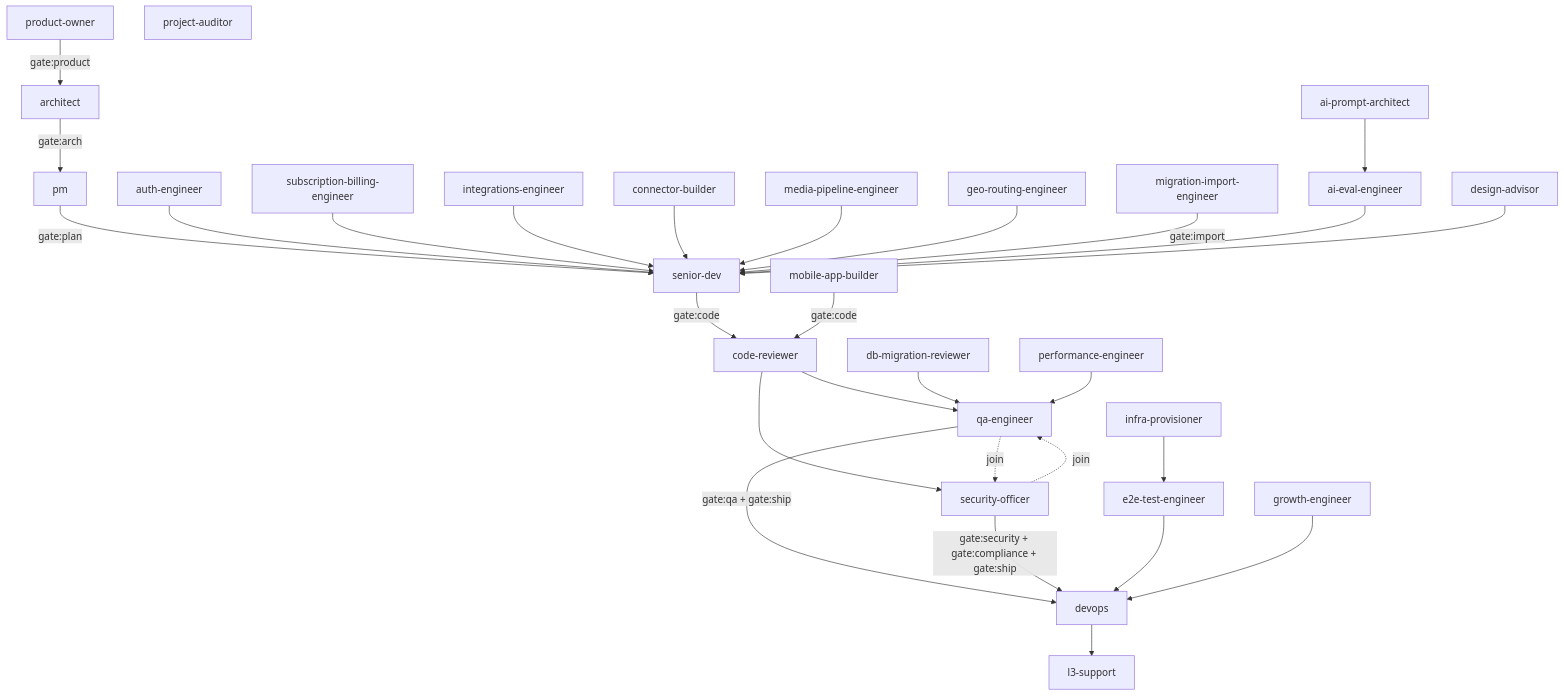
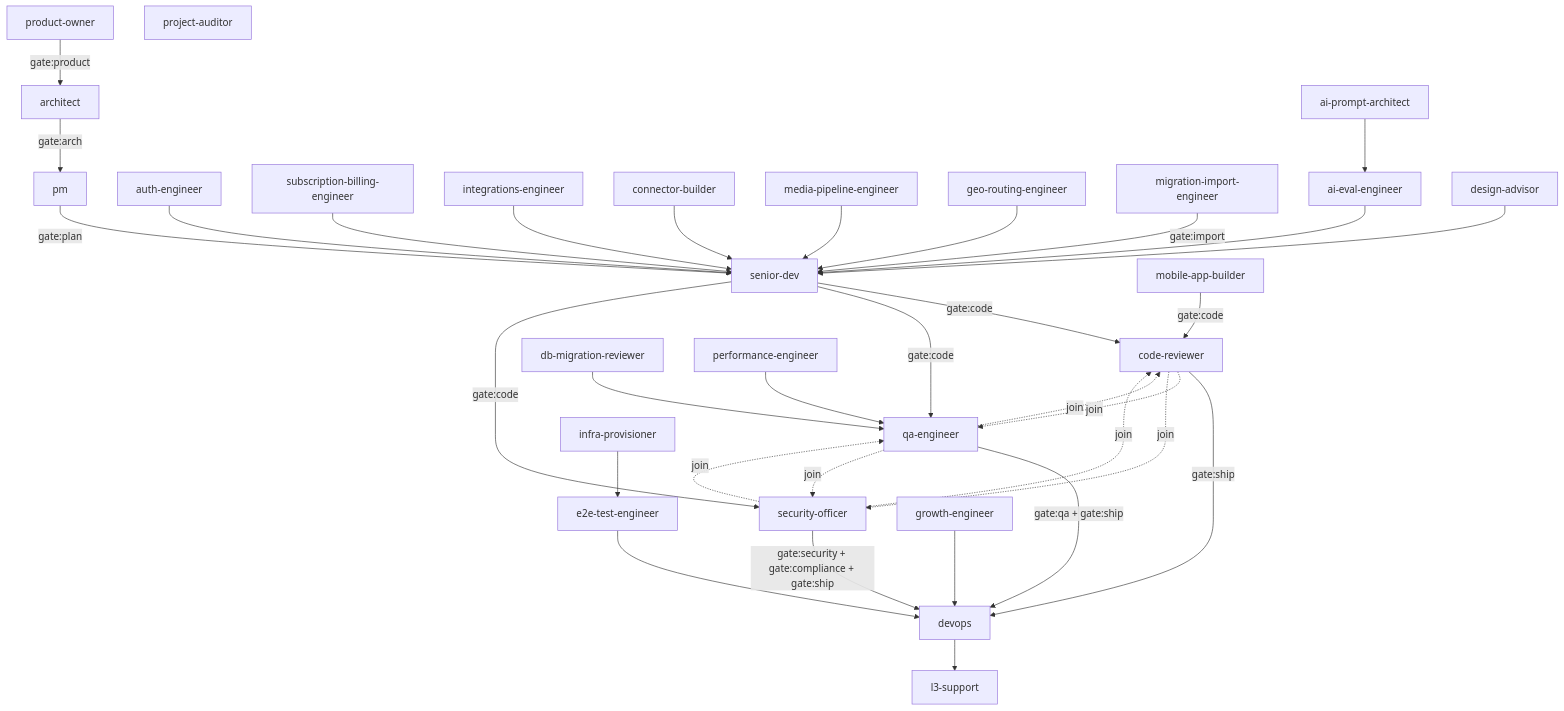
One commit to avelikiy/great_cto changed the second of 2 diagrams in docs/reference/architecture-map.md. Above: the diagram before and after it, drawn with Mermaid. The commit also changed other lines of this file and 38 other files, not shown here.

````diff
--- a/docs/reference/architecture-map.md
+++ b/docs/reference/architecture-map.md
@@ -55,56 +55,61 @@
 ```mermaid
 flowchart TD
   product_owner["product-owner"]
   architect["architect"]
   product_owner -->|gate:product| architect
   pm["pm"]
   architect -->|gate:arch| pm
   senior_dev["senior-dev"]
   pm -->|gate:plan| senior_dev
   code_reviewer["code-reviewer"]
   senior_dev -->|gate:code| code_reviewer
   qa_engineer["qa-engineer"]
-  code_reviewer --> qa_engineer
+  senior_dev -->|gate:code| qa_engineer
   security_officer["security-officer"]
-  code_reviewer --> security_officer
+  senior_dev -->|gate:code| security_officer
   devops["devops"]
+  code_reviewer -->|gate:ship| devops
+  qa_engineer -.->|join| code_reviewer
+  security_officer -.->|join| code_reviewer
   qa_engineer -->|gate:qa + gate:ship| devops
   security_officer -.->|join| qa_engineer
+  code_reviewer -.->|join| qa_engineer
   security_officer -->|gate:security + gate:compliance + gate:ship| devops
   qa_engineer -.->|join| security_officer
+  code_reviewer -.->|join| security_officer
   l3_support["l3-support"]
   devops --> l3_support
   project_auditor["project-auditor"]
   auth_engineer["auth-engineer"]
   auth_engineer --> senior_dev
   subscription_billing_engineer["subscription-billing-engineer"]
   subscription_billing_engineer --> senior_dev
   integrations_engineer["integrations-engineer"]
   integrations_engineer --> senior_dev
   connector_builder["connector-builder"]
   connector_builder --> senior_dev
   media_pipeline_engineer["media-pipeline-engineer"]
   media_pipeline_engineer --> senior_dev
   geo_routing_engineer["geo-routing-engineer"]
   geo_routing_engineer --> senior_dev
   mobile_app_builder["mobile-app-builder"]
   mobile_app_builder -->|gate:code| code_reviewer
   e2e_test_engineer["e2e-test-engineer"]
   e2e_test_engineer --> devops
   migration_import_engineer["migration-import-engineer"]
   migration_import_engineer -->|gate:import| senior_dev
   ai_prompt_architect["ai-prompt-architect"]
   ai_eval_engineer["ai-eval-engineer"]
   ai_prompt_architect --> ai_eval_engineer
   ai_eval_engineer --> senior_dev
   db_migration_reviewer["db-migration-reviewer"]
   db_migration_reviewer --> qa_engineer
   design_advisor["design-advisor"]
   design_advisor --> senior_dev
   performance_engineer["performance-engineer"]
   performance_engineer --> qa_engineer
   infra_provisioner["infra-provisioner"]
   infra_provisioner --> e2e_test_engineer
   growth_engineer["growth-engineer"]
   growth_engineer --> devops
 ```
````
